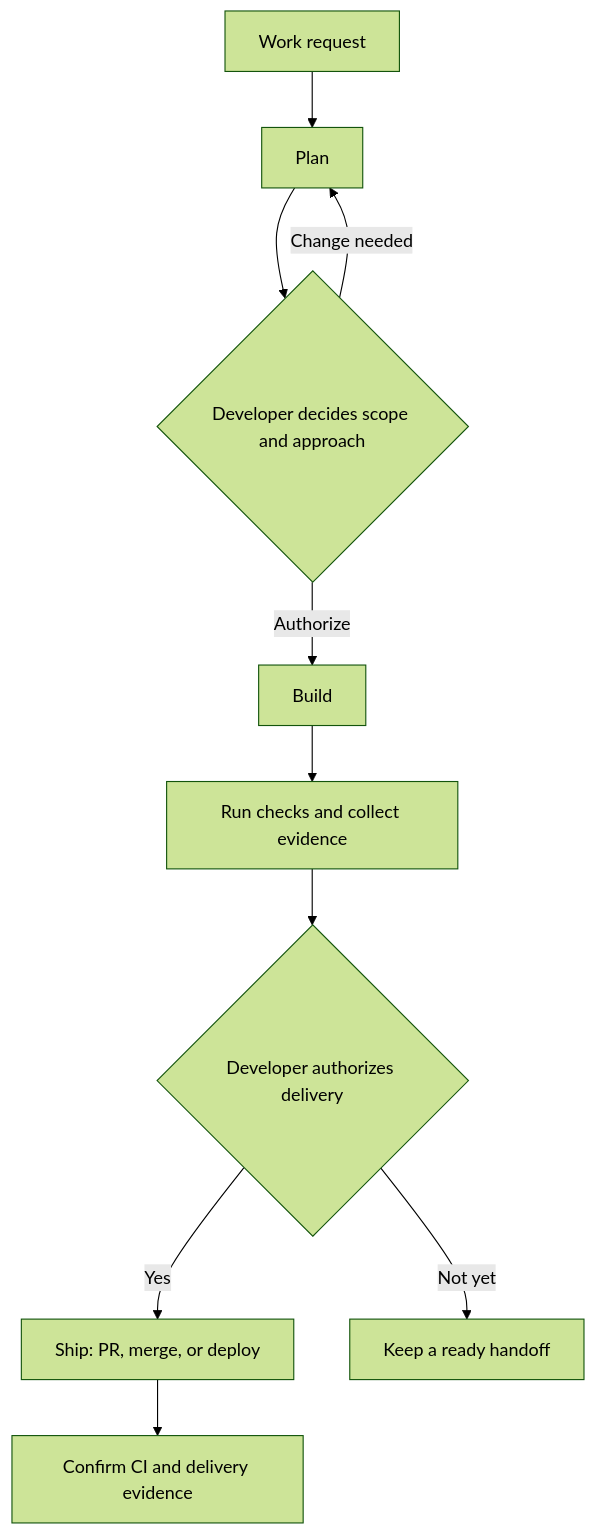
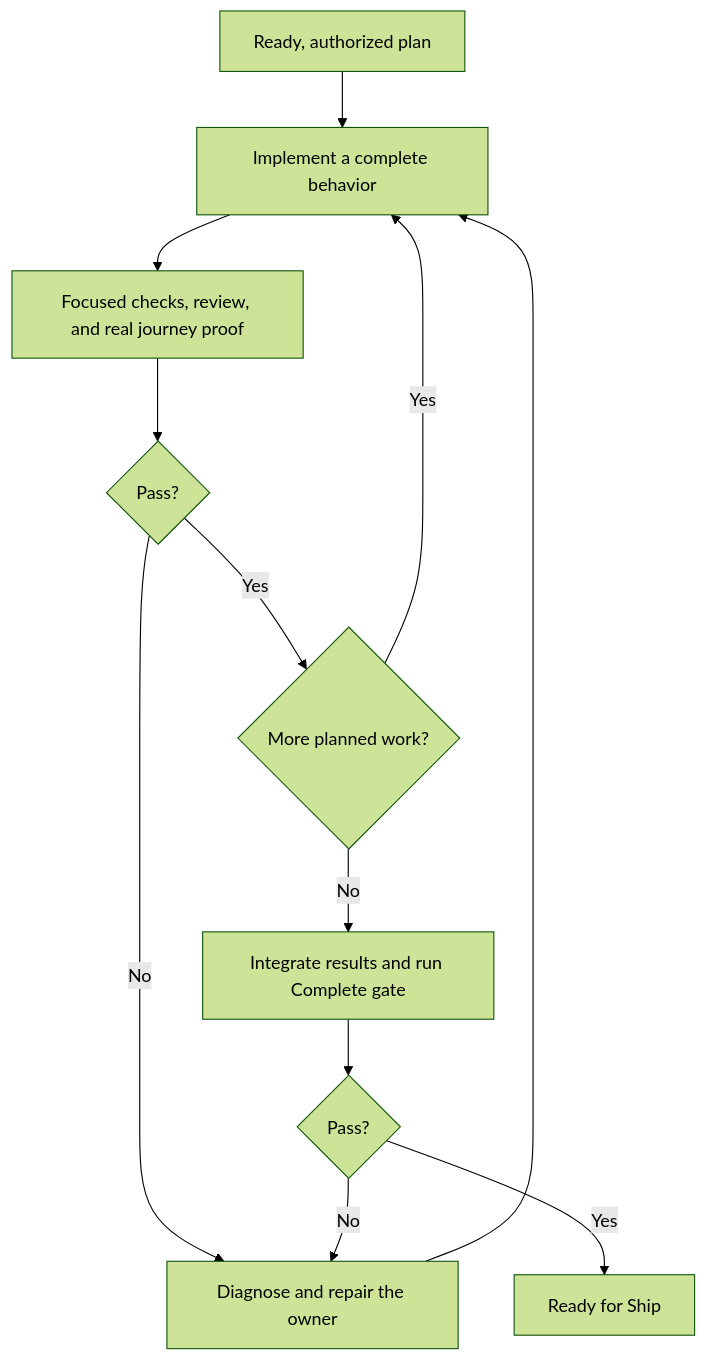
One commit to sgaabdu4/hard-eng changed the fourth of 7 diagrams in README.md. Above: the diagram before and after it, drawn with Mermaid (forest theme). The commit also changed other lines of this file and 1 other file, not shown here.

Commit message:
Explain the complete workflow with sequential Mermaid diagrams

````diff
--- a/README.md
+++ b/README.md
@@ -106,12 +116,14 @@
 ```mermaid
 flowchart TD
-  A[Work request] --> B[Plan]
-  B --> C{Developer decides scope and approach}
-  C -->|Authorize| D[Build]
-  C -->|Change needed| B
-  D --> E[Run checks and collect evidence]
-  E --> F{Developer authorizes delivery}
-  F -->|Yes| G[Ship: PR, merge, or deploy]
-  F -->|Not yet| H[Keep a ready handoff]
-  G --> I[Confirm CI and delivery evidence]
+  A[Ready, authorized plan] --> B[Implement a complete behavior]
+  B --> C[Focused checks, review, and real journey proof]
+  C --> D{Pass?}
+  D -->|No| E[Diagnose and repair the owner]
+  E --> B
+  D -->|Yes| F{More planned work?}
+  F -->|Yes| B
+  F -->|No| G[Integrate results and run Complete gate]
+  G --> H{Pass?}
+  H -->|No| E
+  H -->|Yes| I[Ready for Ship]
 ```
````
